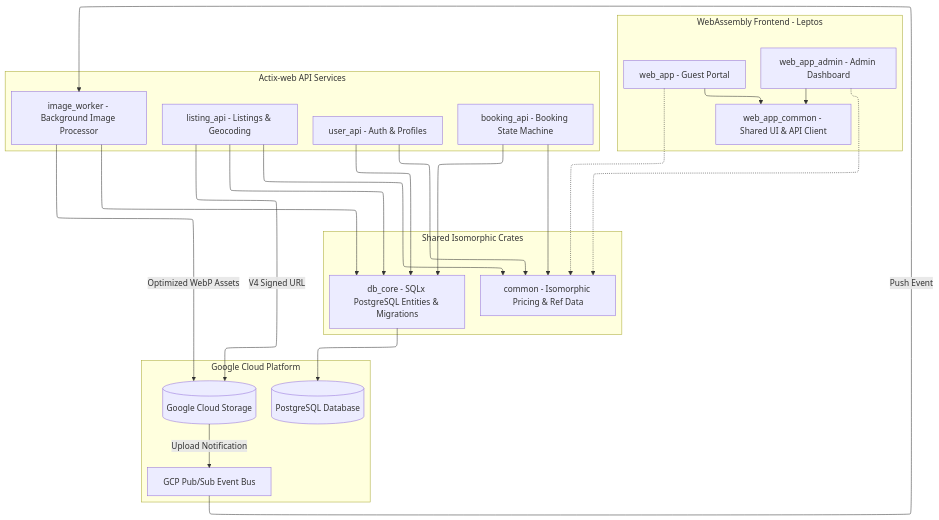
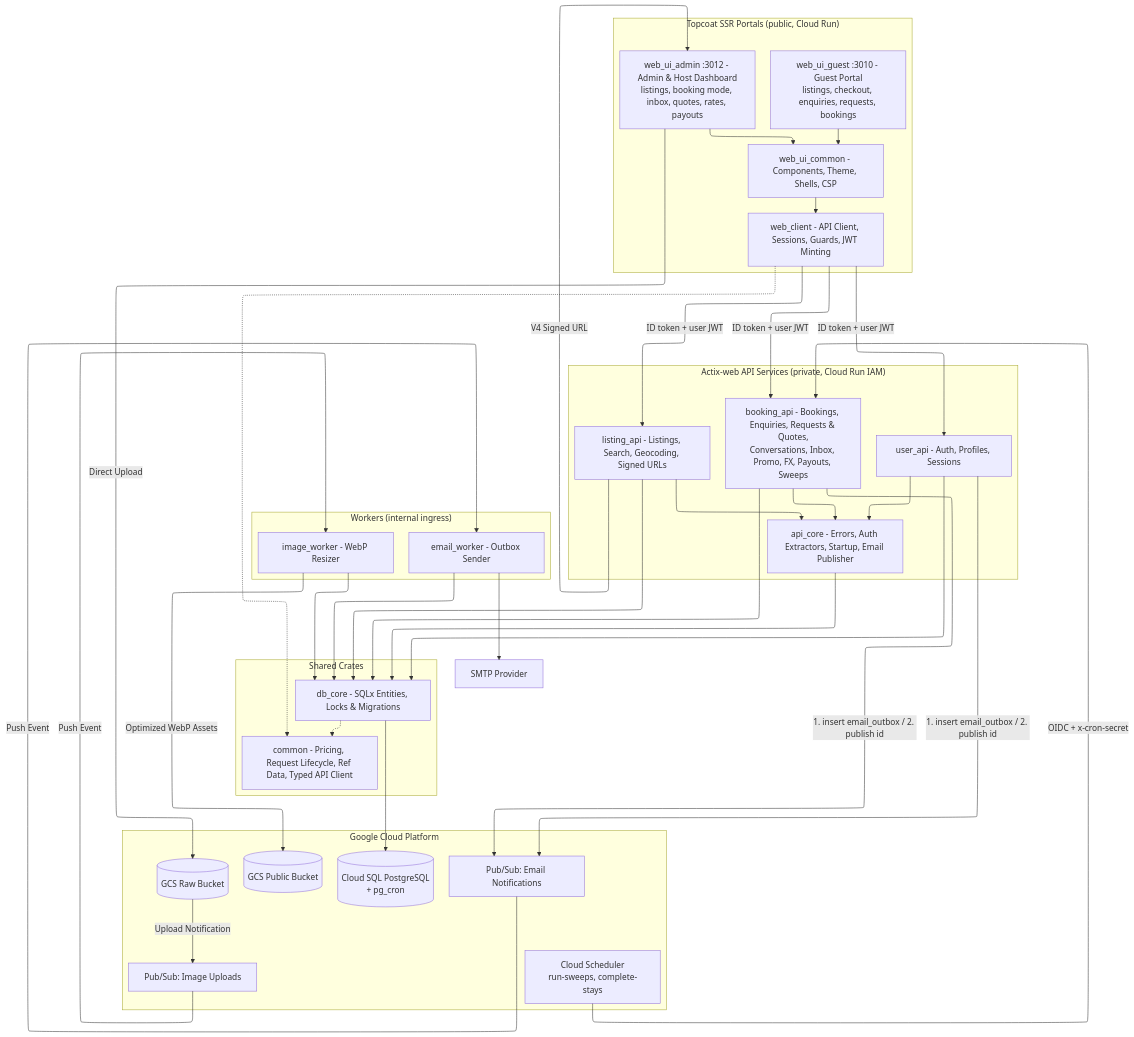
Before and after one commit to pavelbyles/our_places_rs: the diagram in docs/arch-diagram.mmd, drawn with Mermaid. The commit also changed 4 other files, not shown here.

Commit message:
Update doc, diagrams and devenv.lock

```diff
--- a/docs/arch-diagram.mmd
+++ b/docs/arch-diagram.mmd
@@ -1,39 +1,55 @@
 ---
 config:
   layout: elk
 id: d2671ee2-7f53-46a6-80ca-ea8fb0760acb
 ---
 flowchart TB
- subgraph s1["WebAssembly Frontend - Leptos"]
-        WA["web_app - Guest Portal"]
-        WAA["web_app_admin - Admin Dashboard"]
-        WAC["web_app_common - Shared UI & API Client"]
+ subgraph s1["Topcoat SSR Portals (public, Cloud Run)"]
+        WG["web_ui_guest :3010 - Guest Portal<br/>listings, checkout, enquiries, requests, bookings"]
+        WA["web_ui_admin :3012 - Admin & Host Dashboard<br/>listings, booking mode, inbox, quotes, rates, payouts"]
+        WUC["web_ui_common - Components, Theme, Shells, CSP"]
+        WC["web_client - API Client, Sessions, Guards, JWT Minting"]
   end
- subgraph s2["Shared Isomorphic Crates"]
-        COM["common - Isomorphic Pricing & Ref Data"]
-        DBC["db_core - SQLx PostgreSQL Entities & Migrations"]
+ subgraph s2["Shared Crates"]
+        COM["common - Pricing, Request Lifecycle, Ref Data, Typed API Client"]
+        DBC["db_core - SQLx Entities, Locks & Migrations"]
   end
- subgraph s3["Actix-web API Services"]
-        LA["listing_api - Listings & Geocoding"]
-        BA["booking_api - Booking State Machine"]
-        UA["user_api - Auth & Profiles"]
-        IW["image_worker - Background Image Processor"]
+ subgraph s3["Actix-web API Services (private, Cloud Run IAM)"]
+        AC["api_core - Errors, Auth Extractors, Startup, Email Publisher"]
+        LA["listing_api - Listings, Search, Geocoding, Signed URLs"]
+        BA["booking_api - Bookings, Enquiries, Requests & Quotes,<br/>Conversations, Inbox, Promo, FX, Payouts, Sweeps"]
+        UA["user_api - Auth, Profiles, Sessions"]
   end
- subgraph s4["Google Cloud Platform"]
-        PG[("PostgreSQL Database")]
-        GCS[("Google Cloud Storage")]
-        PS["GCP Pub/Sub Event Bus"]
+ subgraph s4["Workers (internal ingress)"]
+        IW["image_worker - WebP Resizer"]
+        EW["email_worker - Outbox Sender"]
   end
-    WA --> WAC
-    WAA --> WAC
-    WA -.-> COM
-    WAA -.-> COM
-    LA --> COM & DBC
-    BA --> COM & DBC
-    UA --> COM & DBC
-    IW --> DBC
+ subgraph s5["Google Cloud Platform"]
+        PG[("Cloud SQL PostgreSQL<br/>+ pg_cron")]
+        GCSR[("GCS Raw Bucket")]
+        GCSP[("GCS Public Bucket")]
+        PSI["Pub/Sub: Image Uploads"]
+        PSE["Pub/Sub: Email Notifications"]
+        SCH["Cloud Scheduler<br/>run-sweeps, complete-stays"]
+  end
+    SMTP["SMTP Provider"]
+
+    WG --> WUC
+    WA --> WUC
+    WUC --> WC
+    WC -- ID token + user JWT --> LA & BA & UA
+    WC -.-> COM
+    LA & BA & UA --> AC
+    LA & BA & UA & IW & EW --> DBC
+    AC --> DBC
     DBC --> PG
-    LA -- V4 Signed URL --> GCS
-    GCS -- Upload Notification --> PS
-    PS -- Push Event --> IW
-    IW -- Optimized WebP Assets --> GCS
+    DBC -.-> COM
+    LA -- V4 Signed URL --> WA
+    WA -- Direct Upload --> GCSR
+    GCSR -- Upload Notification --> PSI
+    PSI -- Push Event --> IW
+    IW -- Optimized WebP Assets --> GCSP
+    BA & UA -- 1. insert email_outbox / 2. publish id --> PSE
+    PSE -- Push Event --> EW
+    EW --> SMTP
+    SCH -- OIDC + x-cron-secret --> BA
```
